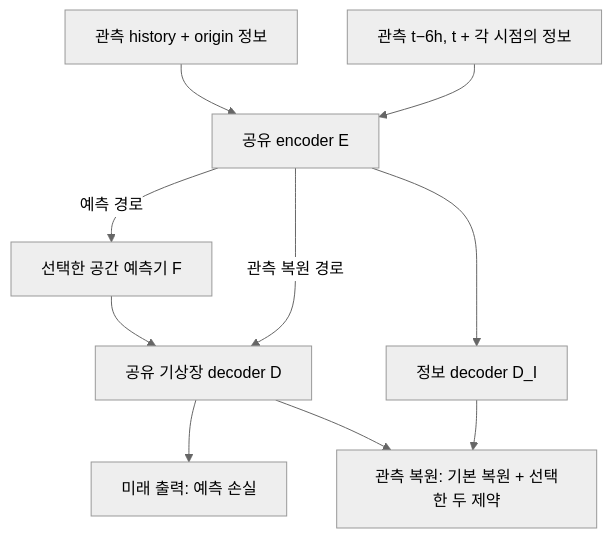
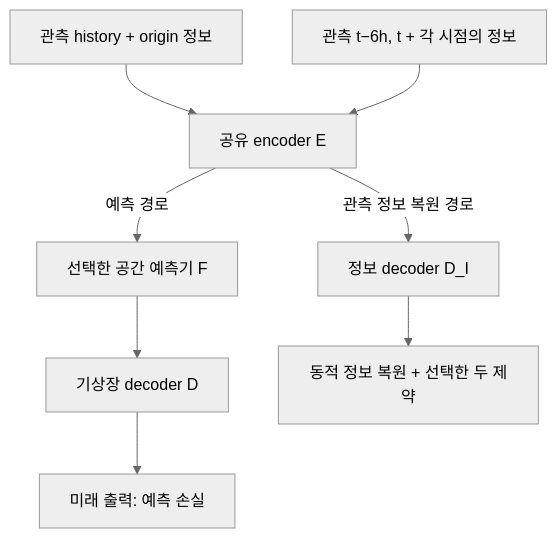
The diagram in docs/split_manifold_constraints.md (nayehyeon61-glitch/climate_manifold), drawn with Mermaid (neutral theme) before and after one commit. The commit also changed other lines of this file and 15 other files, not shown here.

````diff
--- a/docs/split_manifold_constraints.md
+++ b/docs/split_manifold_constraints.md
@@ -7,12 +7,10 @@
 ```mermaid
 flowchart TD
     H["관측 history + origin 정보"] --> E["공유 encoder E"]
     O["관측 t−6h, t + 각 시점의 정보"] --> E
     E -->|"예측 경로"| F["선택한 공간 예측기 F"]
-    F --> D["공유 기상장 decoder D"]
-    E -->|"관측 복원 경로"| D
-    E --> I["정보 decoder D_I"]
+    F --> D["기상장 decoder D"]
+    E -->|"관측 정보 복원 경로"| I["정보 decoder D_I"]
     D --> P["미래 출력: 예측 손실"]
-    D --> R["관측 복원: 기본 복원 + 선택한 두 제약"]
-    I --> R
+    I --> R["동적 정보 복원 + 선택한 두 제약"]
 ```
````
